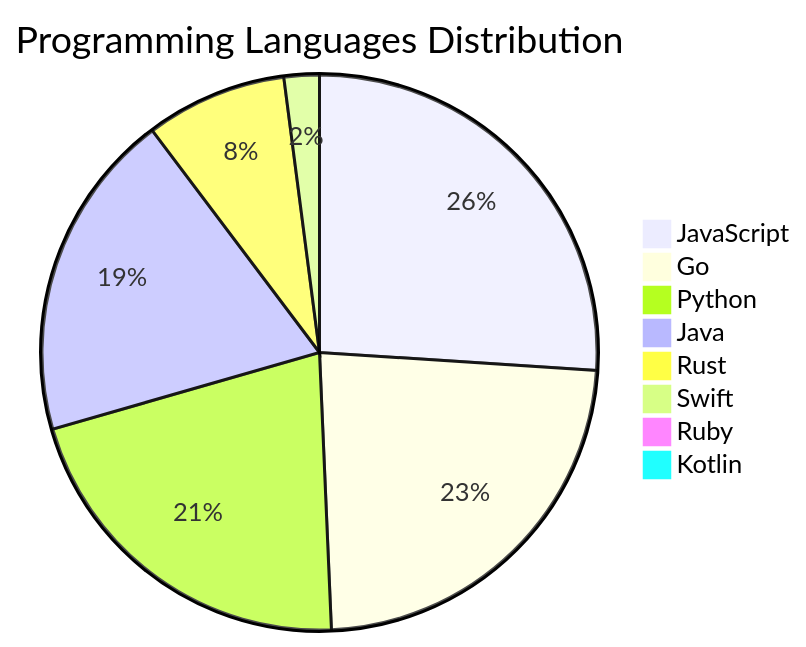
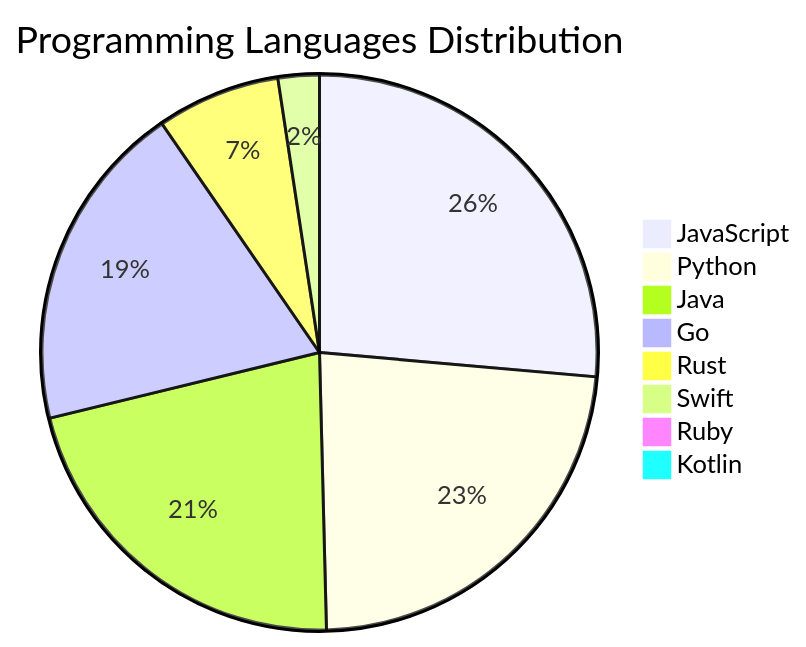
One commit to Derrick-MUGISHA/github-activity-bot changed the diagram in README.md. Above: the diagram before and after it, drawn with Mermaid. The commit also changed other lines of this file and 4 other files, not shown here.

````diff
--- a/README.md
+++ b/README.md
@@ -208,11 +208,11 @@
 ```mermaid
 pie title Programming Languages Distribution
-    "JavaScript" : 38
-    "Go" : 34
-    "Python" : 31
-    "Java" : 28
-    "Rust" : 12
+    "JavaScript" : 33
+    "Python" : 29
+    "Java" : 27
+    "Go" : 24
+    "Rust" : 9
     "Swift" : 3
     "Ruby" : 1
     "Kotlin" : 1
 ```
````
